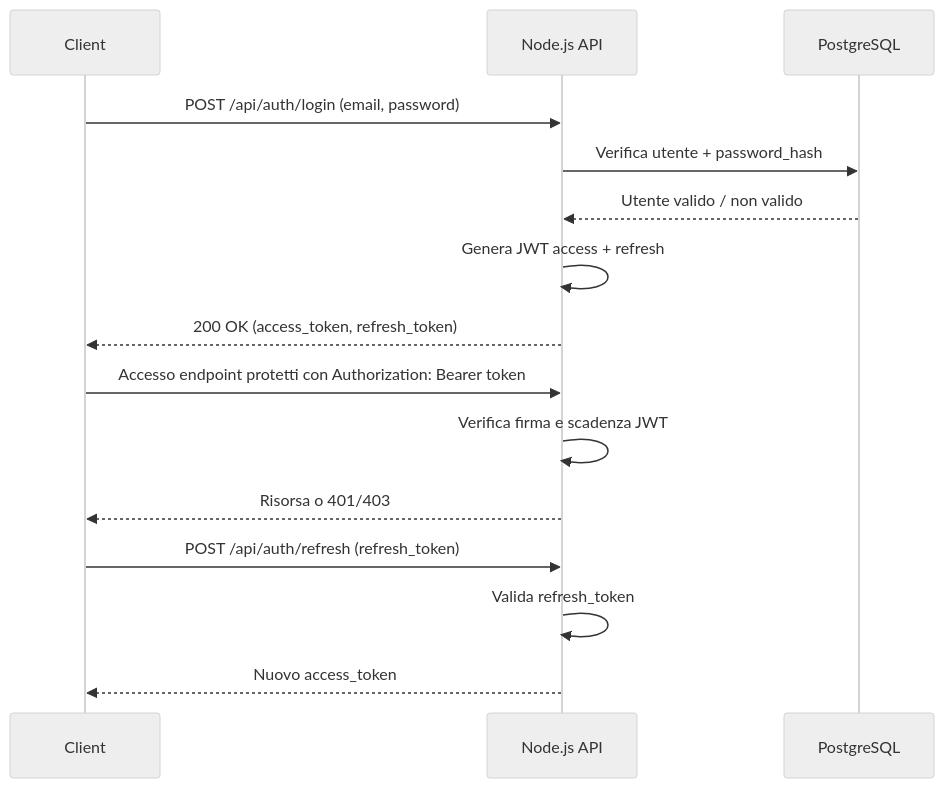
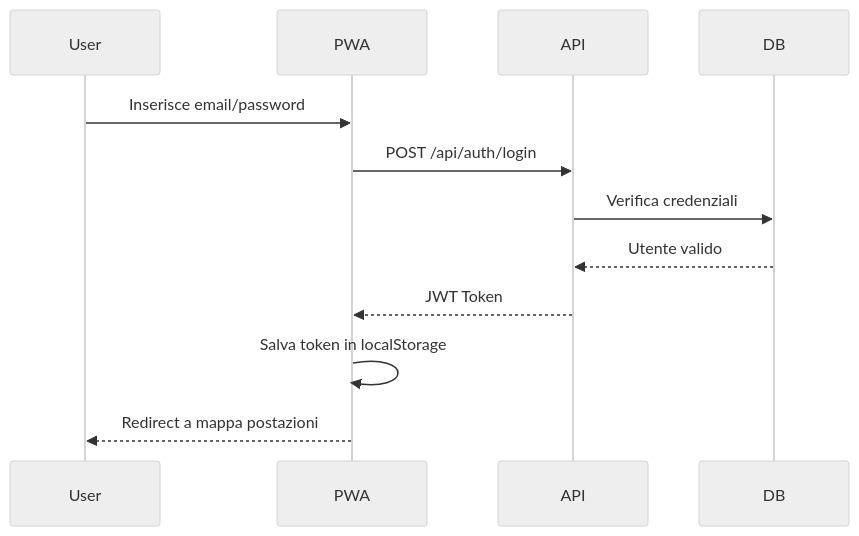
Before and after one commit to a-prezioso/demo: the third of 3 diagrams in docs/architecture.md, drawn with Mermaid (neutral theme). The commit also changed other lines of this file and 3 other files, not shown here.

First line of the commit message:
docs: align architecture docs with SmartDesk MVP functional document

````diff
--- a/docs/architecture.md
+++ b/docs/architecture.md
@@ -227,20 +123,15 @@
 ```mermaid
 sequenceDiagram
-    participant Client
-    participant API as Node.js API
-    participant DB as PostgreSQL
+    participant User
+    participant PWA
+    participant API
+    participant DB
 
-    Client->>API: POST /api/auth/login (email, password)
-    API->>DB: Verifica utente + password_hash
-    DB-->>API: Utente valido / non valido
-    API->>API: Genera JWT access + refresh
-    API-->>Client: 200 OK (access_token, refresh_token)
-
-    Client->>API: Accesso endpoint protetti con Authorization: Bearer token
-    API->>API: Verifica firma e scadenza JWT
-    API-->>Client: Risorsa o 401/403
-
-    Client->>API: POST /api/auth/refresh (refresh_token)
-    API->>API: Valida refresh_token
-    API-->>Client: Nuovo access_token
+    User->>PWA: Inserisce email/password
+    PWA->>API: POST /api/auth/login
+    API->>DB: Verifica credenziali
+    DB-->>API: Utente valido
+    API-->>PWA: JWT Token
+    PWA->>PWA: Salva token in localStorage
+    PWA-->>User: Redirect a mappa postazioni
 ```
````
